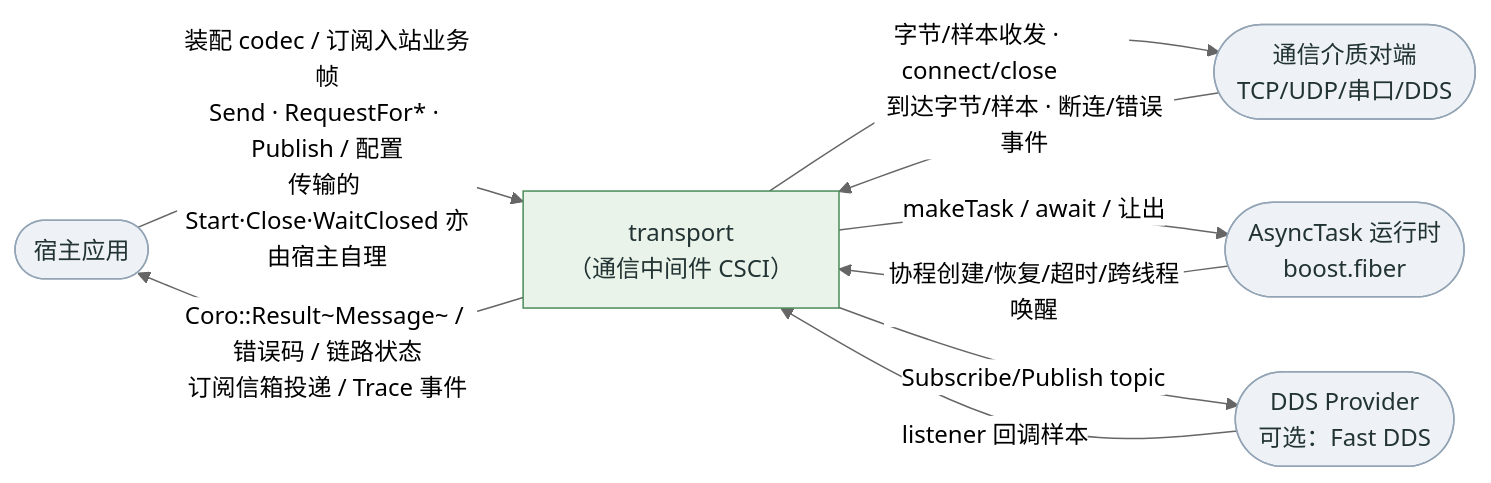
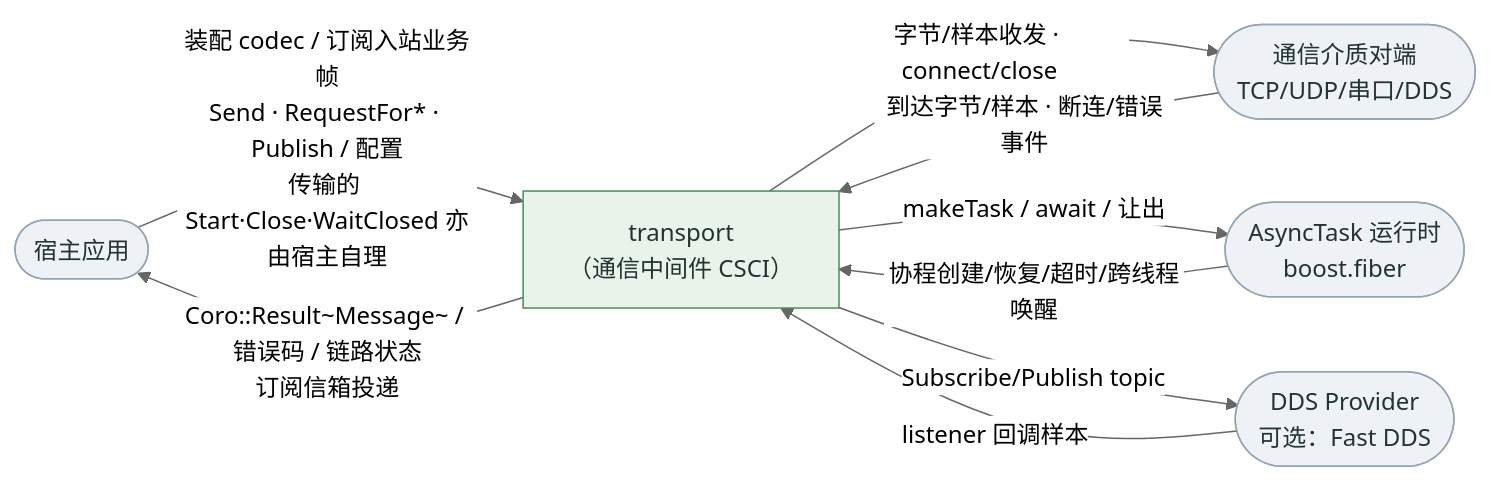
Before and after one commit to Ste7an-cs/Transport: the diagram in docs/diagrams/dfd-context.mmd, drawn with Mermaid (neutral theme). The commit also changed 31 other files, not shown here.

First line of the commit message:
docs+test: 补完 ADR-0014 的收尾——SRS/SDD/CONTEXT/图里的观测面残留一并清除

```diff
--- a/docs/diagrams/dfd-context.mmd
+++ b/docs/diagrams/dfd-context.mmd
@@ -1,24 +1,24 @@
 flowchart LR
     APP([宿主应用])
     MEDIA([通信介质对端<br/>TCP/UDP/串口/DDS])
     RT([AsyncTask 运行时<br/>boost.fiber])
     DDS([DDS Provider<br/>可选：Fast DDS])
 
     TRANSPORT["transport<br/>（通信中间件 CSCI）"]
 
     APP -->|"装配 codec / 订阅入站业务帧<br/>Send · RequestFor* · Publish / 配置<br/>传输的 Start·Close·WaitClosed 亦由宿主自理"| TRANSPORT
-    TRANSPORT -->|"Coro::Result~Message~ / 错误码 / 链路状态<br/>订阅信箱投递 / Trace 事件"| APP
+    TRANSPORT -->|"Coro::Result~Message~ / 错误码 / 链路状态<br/>订阅信箱投递"| APP
 
     TRANSPORT -->|字节/样本收发 · connect/close| MEDIA
     MEDIA -->|到达字节/样本 · 断连/错误事件| TRANSPORT
 
     TRANSPORT -->|makeTask / await / 让出| RT
     RT -->|协程创建/恢复/超时/跨线程唤醒| TRANSPORT
 
     TRANSPORT -->|Subscribe/Publish topic| DDS
     DDS -->|listener 回调样本| TRANSPORT
 
     classDef ext fill:#eef2f7,stroke:#93a4b5,color:#233;
     classDef core fill:#eaf3ea,stroke:#4a8c5a,color:#233;
     class APP,MEDIA,RT,DDS ext;
     class TRANSPORT core;
```
